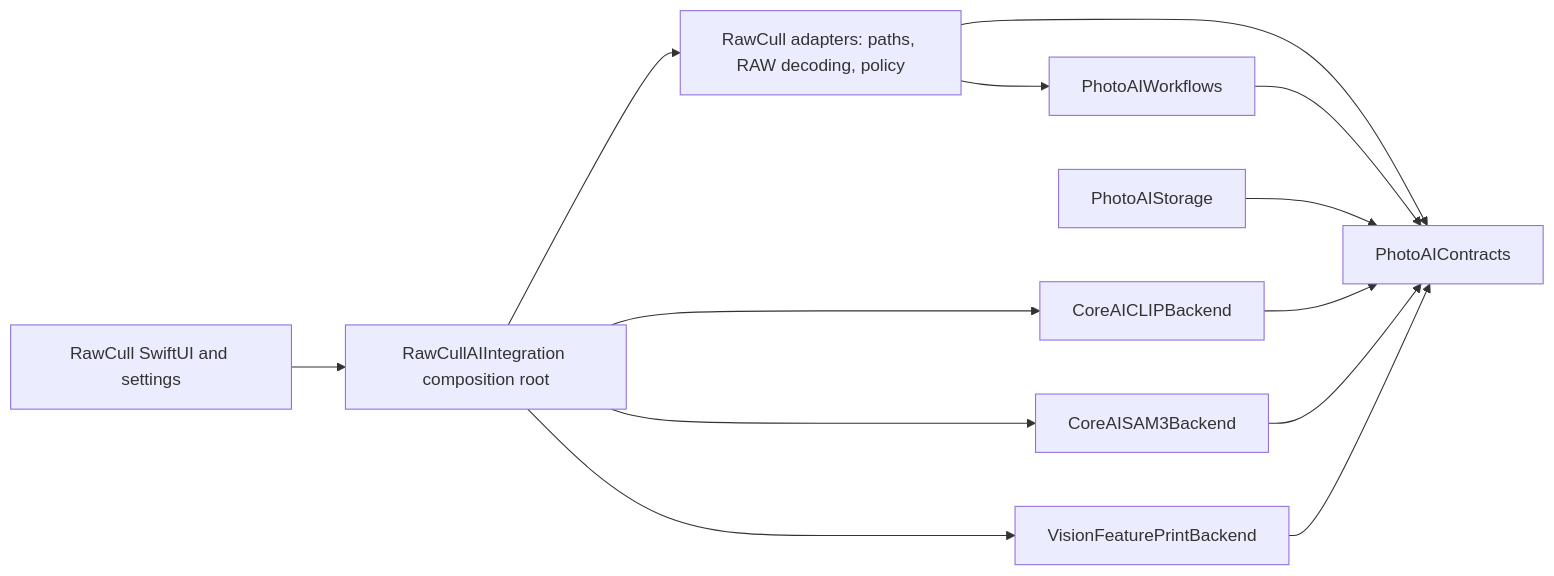
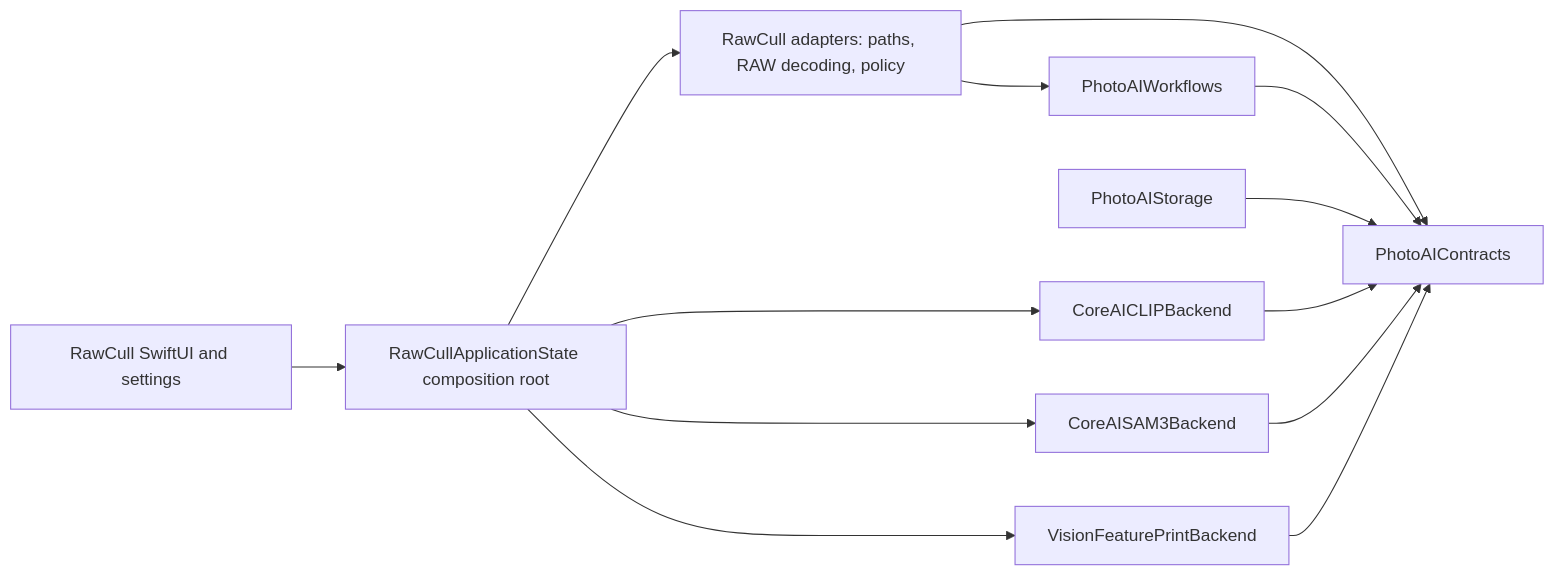
One commit to rsyncOSX/TechDocRawcull changed the first of 2 diagrams in content/en/docs/ai/_index.md. Above: the diagram before and after it, drawn with Mermaid. The commit also changed other lines of this file and 7 other files, not shown here.

````diff
--- a/content/en/docs/ai/_index.md
+++ b/content/en/docs/ai/_index.md
@@ -103,15 +105,15 @@
 ```mermaid
 flowchart LR
-    UI["RawCull SwiftUI and settings"] --> Integration["RawCullAIIntegration composition root"]
+    UI["RawCull SwiftUI and settings"] --> Integration["RawCullApplicationState composition root"]
     Integration --> AppAdapter["RawCull adapters: paths, RAW decoding, policy"]
     AppAdapter --> Contracts["PhotoAIContracts"]
     Integration --> CLIP["CoreAICLIPBackend"]
     Integration --> SAM3["CoreAISAM3Backend"]
     Integration --> Vision["VisionFeaturePrintBackend"]
     AppAdapter --> Workflows["PhotoAIWorkflows"]
     Workflows --> Contracts
     Storage["PhotoAIStorage"] --> Contracts
     CLIP --> Contracts
     SAM3 --> Contracts
     Vision --> Contracts
 ```
````
